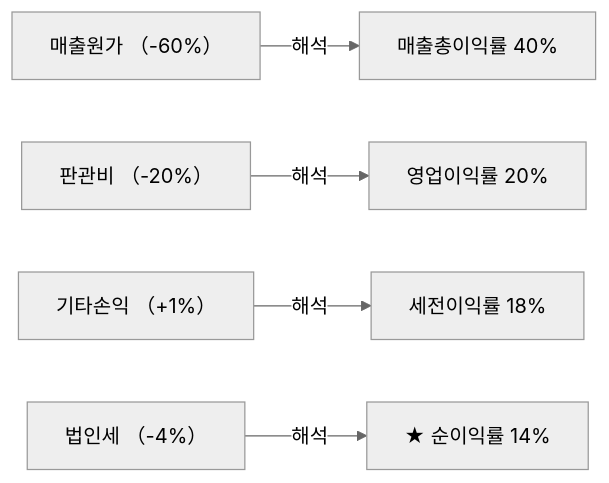
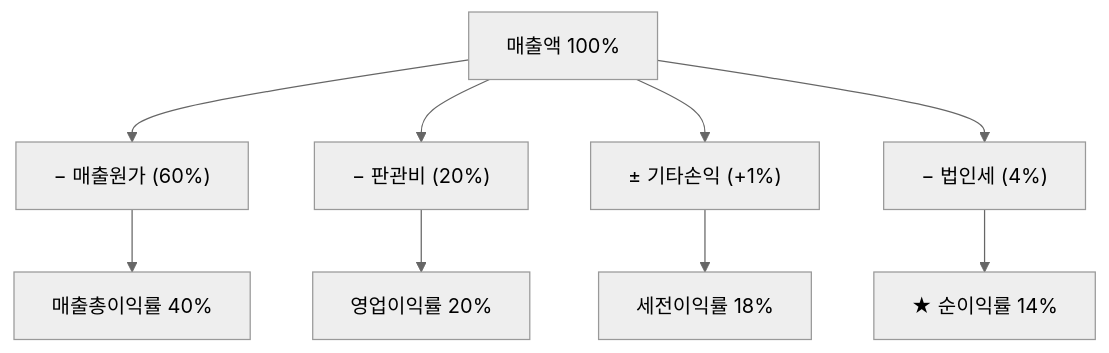
Before and after one commit to yeongseon/stock-visual-note: the diagram in content/stock-terms/ko/level-04-ratios/net-margin.md, drawn with Mermaid (neutral theme). The commit also changed other lines of this file and 96 other files, not shown here.

Commit message:
Rewrite all 98 remaining articles: branching Mermaid diagrams, natural search_intent, compelling seo_titles, clean descriptions

````diff
--- a/content/stock-terms/ko/level-04-ratios/net-margin.md
+++ b/content/stock-terms/ko/level-04-ratios/net-margin.md
@@ -39,7 +39,12 @@
 ```mermaid
-graph LR
-    L0["매출원가 （-60%）"] -->|해석| R0["매출총이익률 40%"]
-    L1["판관비 （-20%）"] -->|해석| R1["영업이익률 20%"]
-    L2["기타손익 （+1%）"] -->|해석| R2["세전이익률 18%"]
-    L3["법인세 （-4%）"] -->|해석| R3["★ 순이익률 14%"]
+graph TD
+    A["매출액 100%"]
+    A --> B["− 매출원가 (60%)"]
+    B --> C["매출총이익률 40%"]
+    A --> D["− 판관비 (20%)"]
+    D --> E["영업이익률 20%"]
+    A --> F["± 기타손익 (+1%)"]
+    F --> G["세전이익률 18%"]
+    A --> H["− 법인세 (4%)"]
+    H --> I["★ 순이익률 14%"]
 ```
````
